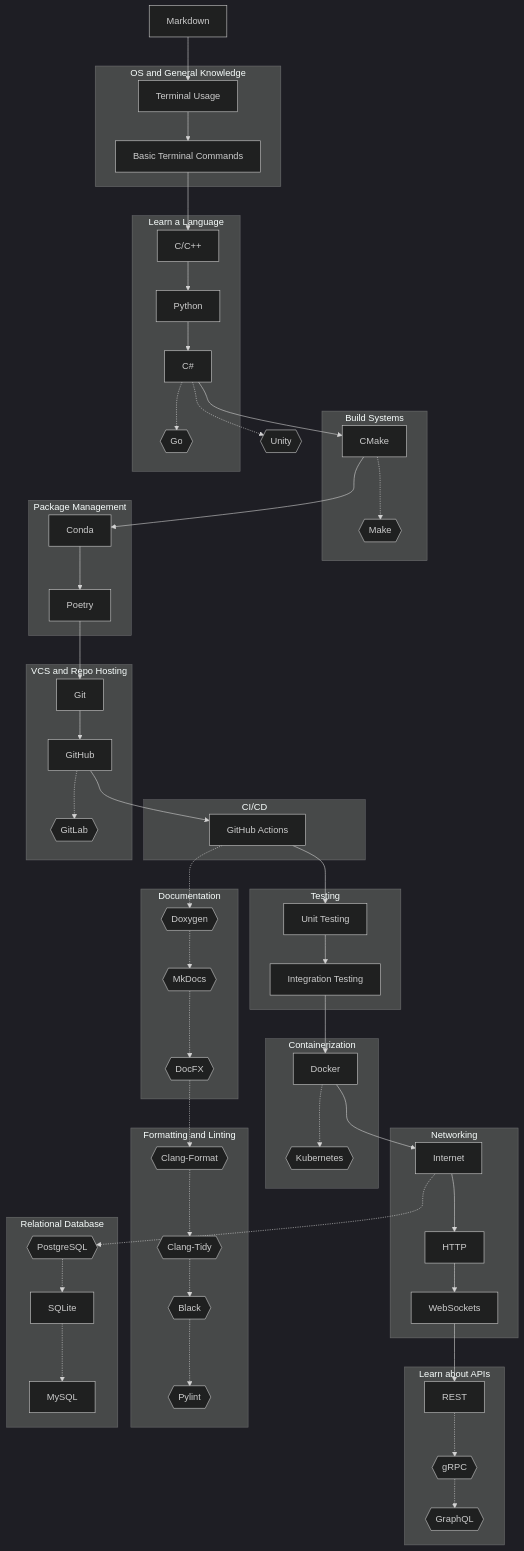
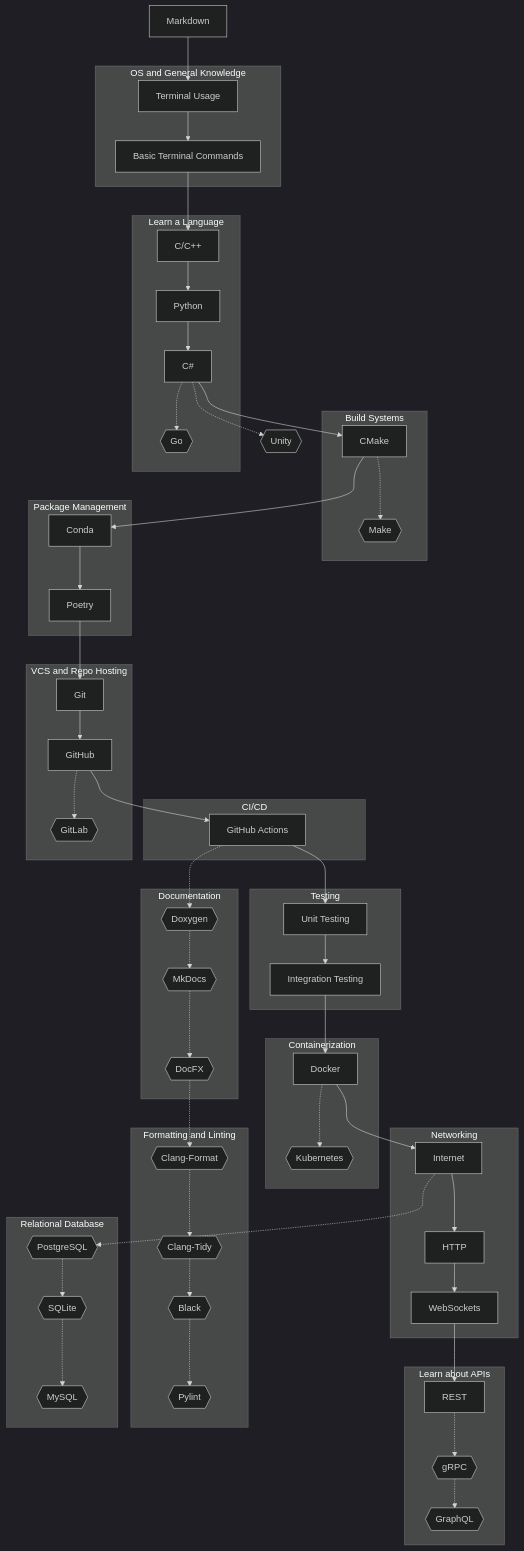
The diagram in docs/comp_dept/roadmap.md (THUASTA/TechRoadmap), drawn with Mermaid (dark theme) before and after one commit. The commit also changed 9 other files, not shown here.

```diff
--- a/docs/comp_dept/roadmap.md
+++ b/docs/comp_dept/roadmap.md
@@ -15,7 +15,7 @@
     graphql{{GraphQL}}
   end
 
-  subgraph build_systems[Build Systems]
+  subgraph build_sys[Build Systems]
     cmake[CMake]
     make{{Make}}
   end
@@ -67,8 +67,8 @@
 
   subgraph rel_db[Relational Database]
     postgres{{PostgreSQL}}
-    mysql[MySQL]
-    sqlite[SQLite]
+    mysql{{MySQL}}
+    sqlite{{SQLite}}
   end
 
   subgraph testing[Testing]
@@ -125,8 +125,11 @@
   grpc -.-> graphql
 
 
+  click cmake "../../topics/build_sys/cmake"
   click commands "../../topics/os/commands"
+  click conda "../../topics/packages/conda"
   click csharp "../../topics/prog_lang/csharp"
+  click c_cpp "../../topics/prog_lang/c_cpp"
   click docker "../../topics/container/docker"
   click git "../../topics/vcs/git"
   click github "../../topics/repo/github"
@@ -135,7 +138,9 @@
   click integration_testing "../../topics/testing/int_testing"
   click internet "../../topics/networking/internet"
   click markdown "../../topics/markdown"
+  click poetry "../../topics/packages/poetry"
   click python "../../topics/prog_lang/python"
+  click rest "../../topics/apis/rest"
   click terminal "../../topics/os/terminal"
   click unit_testing "../../topics/testing/unit_testing"
   click vscode "../../topics/vscode"
```
